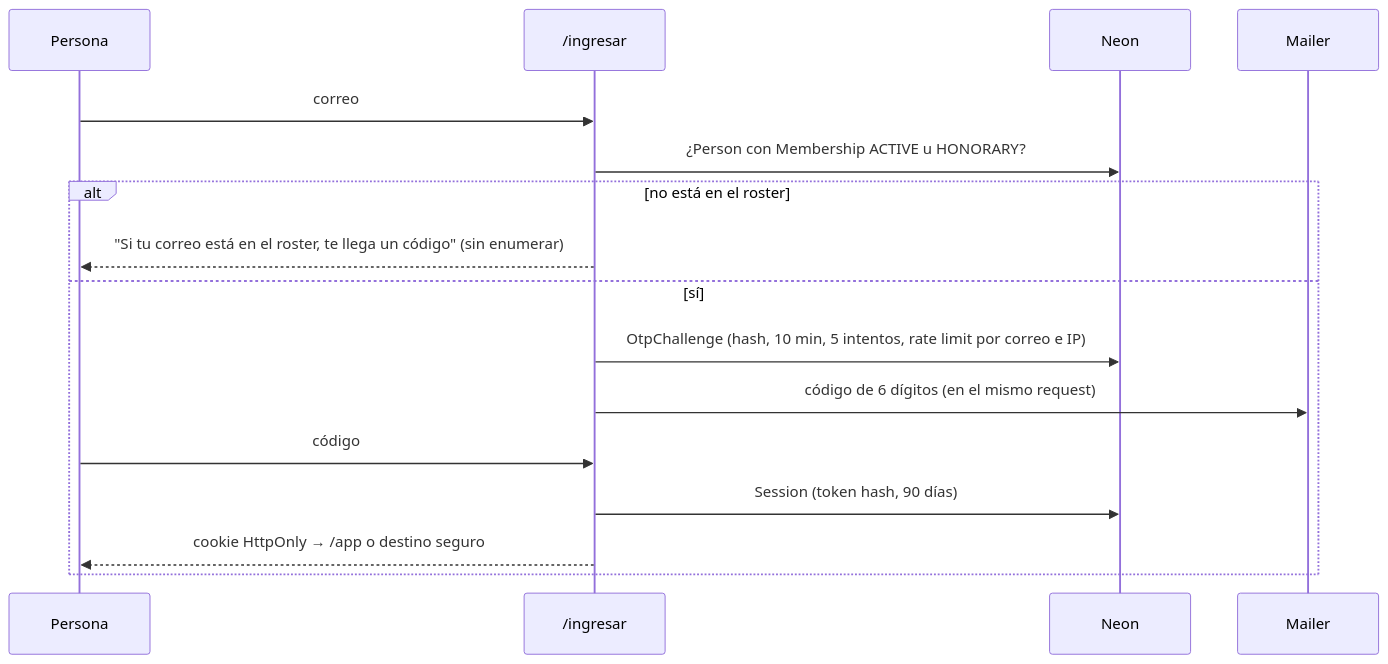
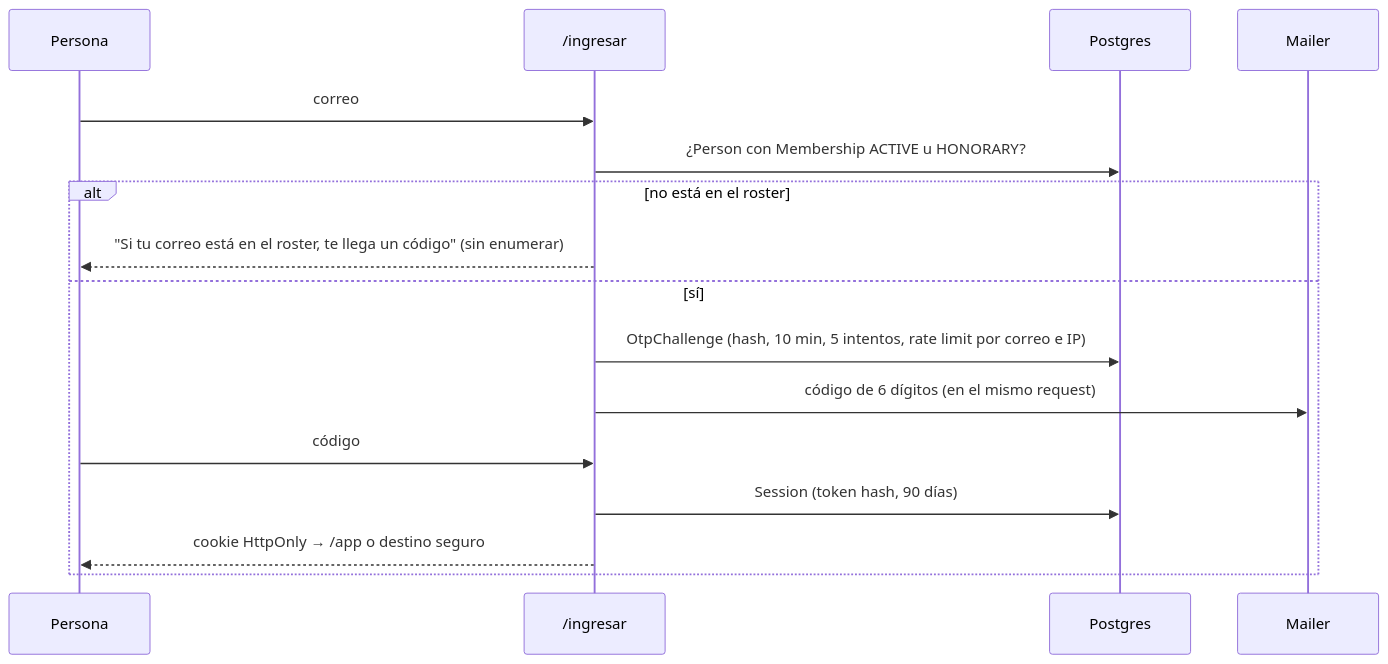
One commit to Mateoloperaortiz/LaOE changed the diagram in docs/05-acceso.md. Above: the diagram before and after it, drawn with Mermaid. The commit also changed 23 other files, not shown here.

````diff
--- a/docs/05-acceso.md
+++ b/docs/05-acceso.md
@@ -7,18 +7,18 @@
 ```mermaid
 sequenceDiagram
   participant P as Persona
   participant W as /ingresar
-  participant DB as Neon
+  participant DB as Postgres
   participant M as Mailer
   P->>W: correo
   W->>DB: ¿Person con Membership ACTIVE u HONORARY?
   alt no está en el roster
     W-->>P: "Si tu correo está en el roster, te llega un código" (sin enumerar)
   else sí
     W->>DB: OtpChallenge (hash, 10 min, 5 intentos, rate limit por correo e IP)
     W->>M: código de 6 dígitos (en el mismo request)
     P->>W: código
     W->>DB: Session (token hash, 90 días)
     W-->>P: cookie HttpOnly → /app o destino seguro
   end
 ```
````
